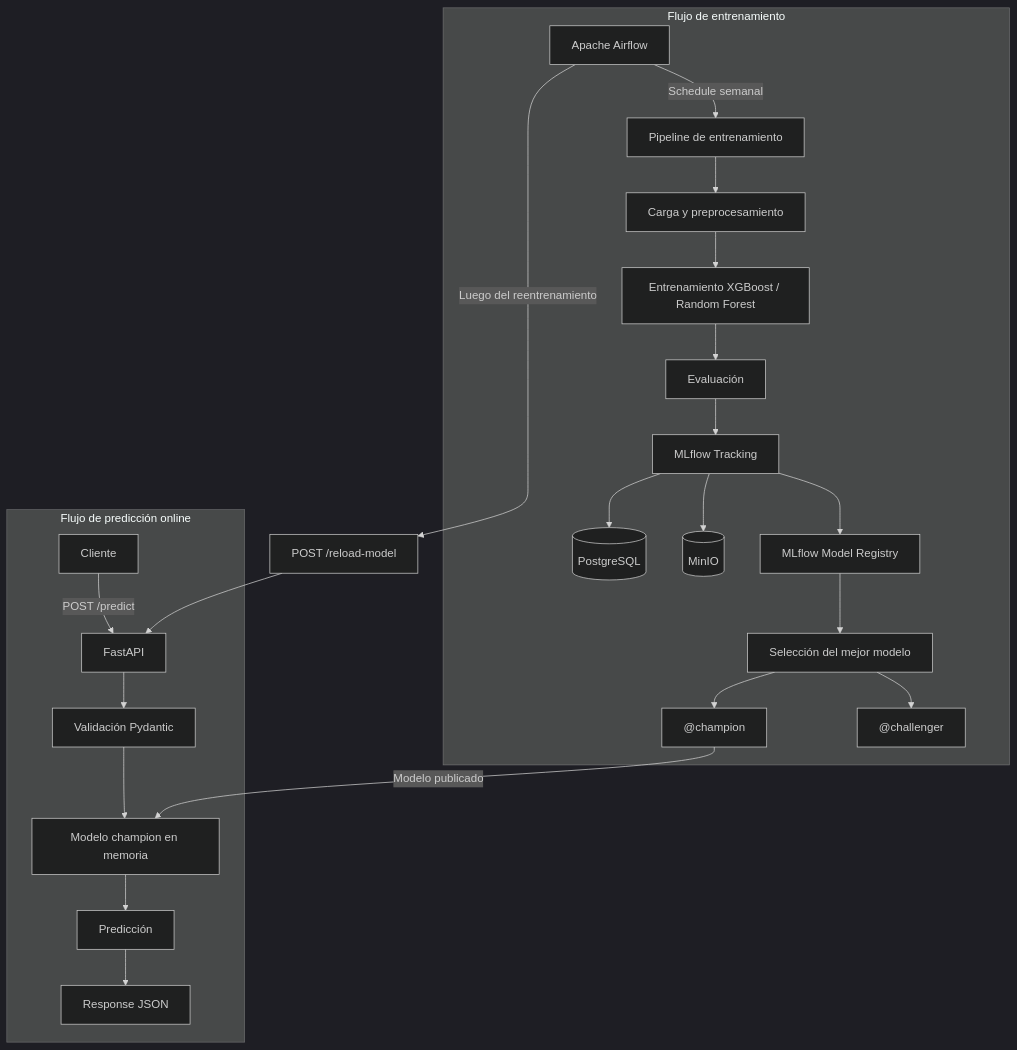
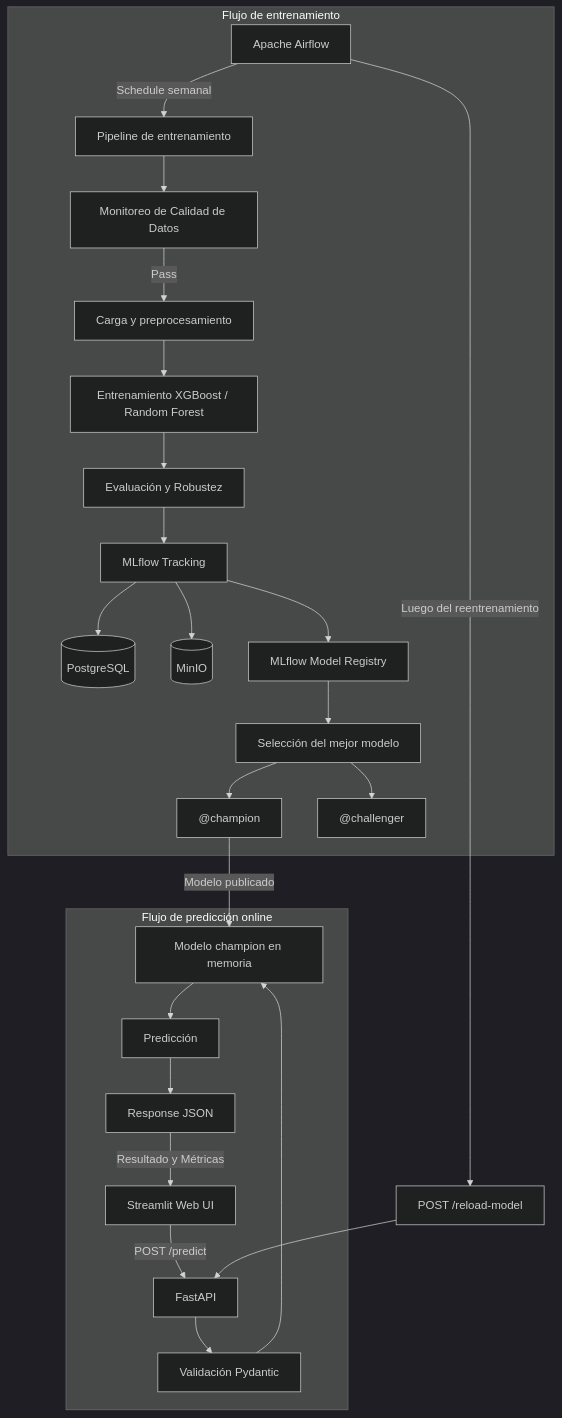
The diagram in README.md (bdellacasa1/TP-MLOps1), drawn with Mermaid (dark theme) before and after one commit. The commit also changed other lines of this file, not shown here.

````diff
--- a/README.md
+++ b/README.md
@@ -73,49 +74,52 @@
 ```mermaid
 flowchart TD
 
     subgraph TRAINING["Flujo de entrenamiento"]
         A["Apache Airflow"]
         B["Pipeline de entrenamiento"]
+        C0["Monitoreo de Calidad de Datos"]
         C["Carga y preprocesamiento"]
         D["Entrenamiento XGBoost / Random Forest"]
-        E["Evaluación"]
+        E["Evaluación y Robustez"]
         F["MLflow Tracking"]
         G[("PostgreSQL")]
         H[("MinIO")]
         I["MLflow Model Registry"]
         J["Selección del mejor modelo"]
         K["@champion"]
         L["@challenger"]
 
         A -->|"Schedule semanal"| B
-        B --> C
+        B --> C0
+        C0 -->|Pass| C
         C --> D
         D --> E
         E --> F
         F --> G
         F --> H
         F --> I
         I --> J
         J --> K
         J --> L
     end
 
     subgraph SERVING["Flujo de predicción online"]
-        M["Cliente"]
+        M["Streamlit Web UI"]
         N["FastAPI"]
         O["Validación Pydantic"]
         P["Modelo champion en memoria"]
         Q["Predicción"]
         S["Response JSON"]
 
         M -->|"POST /predict"| N
         N --> O
         O --> P
         P --> Q
         Q --> S
+        S -->|"Resultado y Métricas"| M
     end
 
     K -->|"Modelo publicado"| P
     A -->|"Luego del reentrenamiento"| R["POST /reload-model"]
     R --> N
 ```
````
